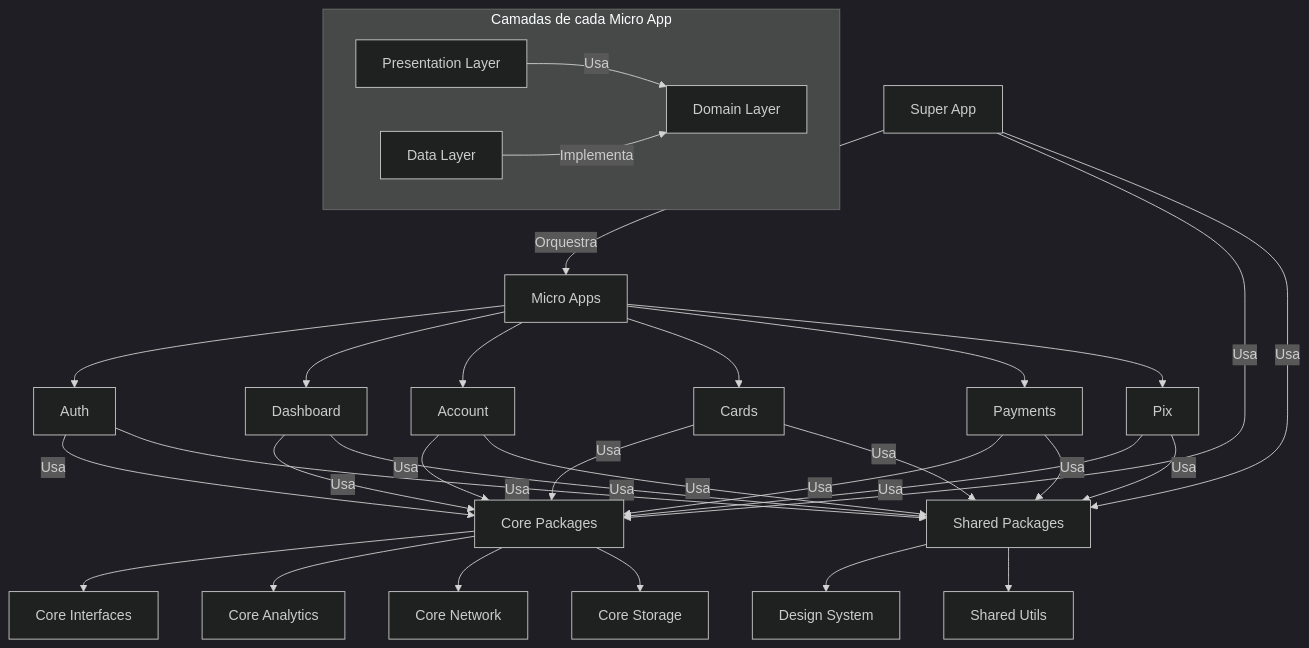
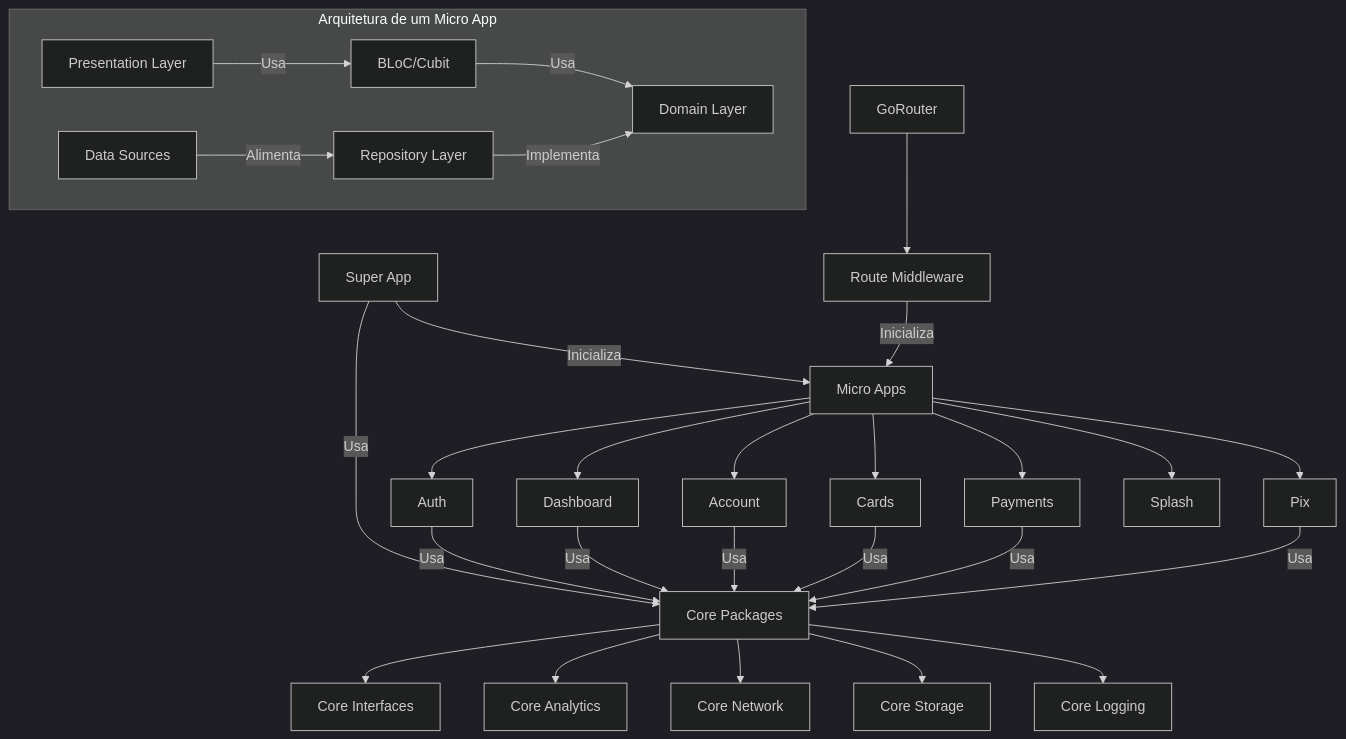
One commit to cristianoaredes/super-app-flutter-sample changed the diagram in README.md. Above: the diagram before and after it, drawn with Mermaid (dark theme). The commit also changed other lines of this file and 485 other files, not shown here.

````diff
--- a/README.md
+++ b/README.md
@@ -84,40 +166,36 @@
 ```mermaid
 graph TD
-    SuperApp[Super App] --> |Orquestra| MicroApps[Micro Apps]
+    SuperApp[Super App] --> |Inicializa| MicroApps[Micro Apps]
     SuperApp --> |Usa| Core[Core Packages]
-    SuperApp --> |Usa| Shared[Shared Packages]
-
+    
+    Router[GoRouter] --> Middleware[Route Middleware]
+    Middleware --> |Inicializa| MicroApps
+    
     MicroApps --> Auth[Auth]
     MicroApps --> Dashboard[Dashboard]
     MicroApps --> Account[Account]
     MicroApps --> Cards[Cards]
     MicroApps --> Payments[Payments]
     MicroApps --> Pix[Pix]
+    MicroApps --> Splash[Splash]
 
-    subgraph "Camadas de cada Micro App"
-        Presentation[Presentation Layer] --> |Usa| Domain[Domain Layer]
-        Data[Data Layer] --> |Implementa| Domain
+    subgraph "Arquitetura de um Micro App"
+        UI[Presentation Layer] --> |Usa| Bloc[BLoC/Cubit]
+        Bloc --> |Usa| Domain[Domain Layer]
+        Repositories[Repository Layer] --> |Implementa| Domain
+        DataSources[Data Sources] --> |Alimenta| Repositories
     end
 
     Auth --> |Usa| Core
     Dashboard --> |Usa| Core
     Account --> |Usa| Core
     Cards --> |Usa| Core
     Payments --> |Usa| Core
     Pix --> |Usa| Core
-
-    Auth --> |Usa| Shared
-    Dashboard --> |Usa| Shared
-    Account --> |Usa| Shared
-    Cards --> |Usa| Shared
-    Payments --> |Usa| Shared
-    Pix --> |Usa| Shared
-
+    
     Core --> CoreInterfaces[Core Interfaces]
     Core --> CoreAnalytics[Core Analytics]
     Core --> CoreNetwork[Core Network]
     Core --> CoreStorage[Core Storage]
-
-    Shared --> DesignSystem[Design System]
-    Shared --> SharedUtils[Shared Utils]
+    Core --> CoreLogging[Core Logging]
 ```
````
